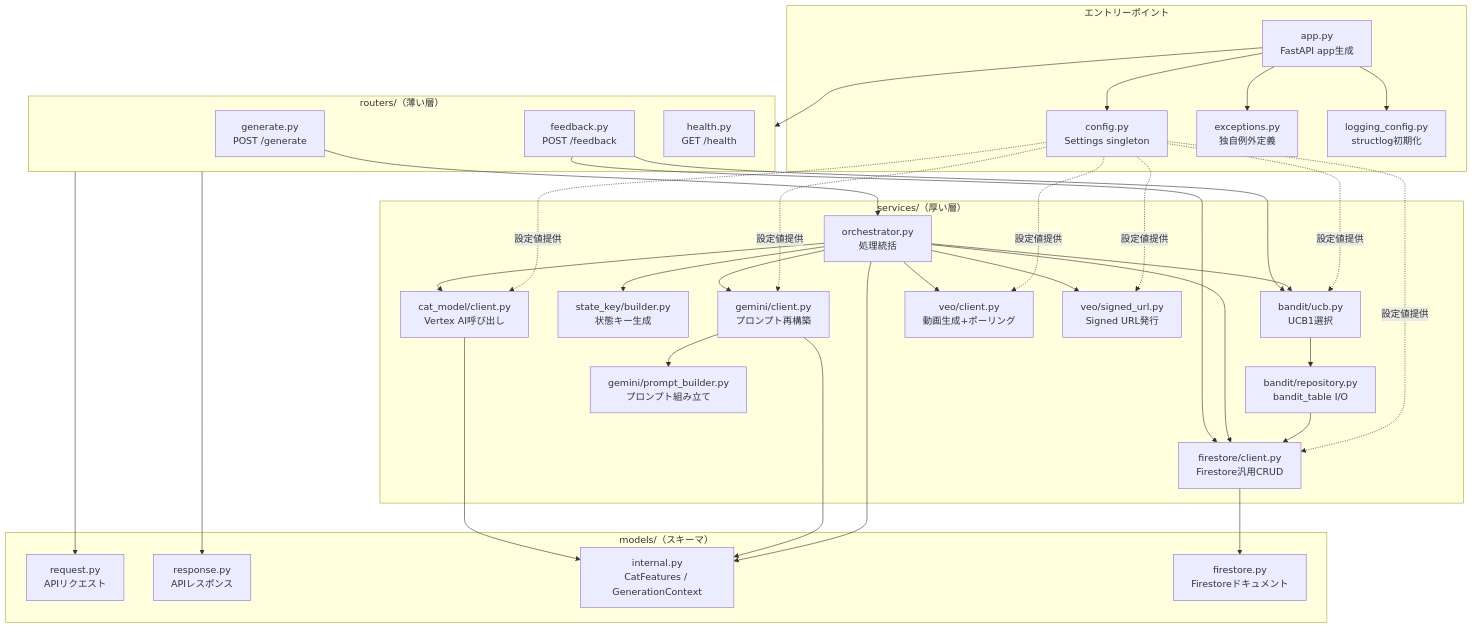
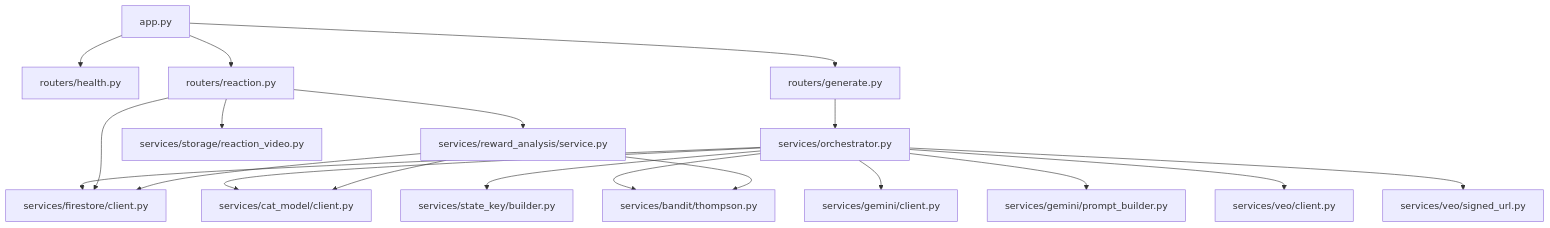
The first of 6 diagrams in docs/ja/Backend_Design.md (soy-sorce/tea-pillar), drawn with Mermaid before and after one commit. The commit also changed other lines of this file and 3 other files, not shown here.

````diff
--- a/docs/ja/Backend_Design.md
+++ b/docs/ja/Backend_Design.md
@@ -174,70 +143,22 @@
 ```mermaid
 graph TD
-    subgraph entry["エントリーポイント"]
-        APP["app.py\nFastAPI app生成"]
-        CFG["config.py\nSettings singleton"]
-        EXC["exceptions.py\n独自例外定義"]
-        LOG["logging_config.py\nstructlog初期化"]
-    end
+    APP["app.py"] --> RH["routers/health.py"]
+    APP --> RG["routers/generate.py"]
+    APP --> RR["routers/reaction.py"]
+    RG --> ORC["services/orchestrator.py"]
+    ORC --> FSC["services/firestore/client.py"]
+    ORC --> CAT["services/cat_model/client.py"]
+    ORC --> SK["services/state_key/builder.py"]
+    ORC --> TH["services/bandit/thompson.py"]
+    ORC --> GEM["services/gemini/client.py"]
+    ORC --> PB["services/gemini/prompt_builder.py"]
+    ORC --> VEO["services/veo/client.py"]
+    ORC --> SIG["services/veo/signed_url.py"]
 
-    subgraph routers["routers/（薄い層）"]
-        RG["generate.py\nPOST /generate"]
-        RF["feedback.py\nPOST /feedback"]
-        RH["health.py\nGET /health"]
-    end
-
-    subgraph models["models/（スキーマ）"]
-        MReq["request.py\nAPIリクエスト"]
-        MRes["response.py\nAPIレスポンス"]
-        MInt["internal.py\nCatFeatures / GenerationContext"]
-        MFS["firestore.py\nFirestoreドキュメント"]
-    end
-
-    subgraph services["services/（厚い層）"]
-        ORC["orchestrator.py\n処理統括"]
-        CM["cat_model/client.py\nVertex AI呼び出し"]
-        SKB["state_key/builder.py\n状態キー生成"]
-        BDT["bandit/ucb.py\nUCB1選択"]
-        BDR["bandit/repository.py\nbandit_table I/O"]
-        GEM["gemini/client.py\nプロンプト再構築"]
-        PBD["gemini/prompt_builder.py\nプロンプト組み立て"]
-        VEO["veo/client.py\n動画生成+ポーリング"]
-        SIG["veo/signed_url.py\nSigned URL発行"]
-        FSC["firestore/client.py\nFirestore汎用CRUD"]
-    end
-
-    APP --> routers
-    APP --> CFG
-    APP --> LOG
-    APP --> EXC
-
-    RG --> ORC
-    RF --> BDT
-    RF --> FSC
-
-    ORC --> CM
-    ORC --> SKB
-    ORC --> BDT
-    ORC --> GEM
-    ORC --> VEO
-    ORC --> SIG
-    ORC --> FSC
-
-    CM --> MInt
-    BDT --> BDR
-    BDR --> FSC
-    GEM --> PBD
-    GEM --> MInt
-
-    FSC --> MFS
-    routers --> MReq
-    routers --> MRes
-    ORC --> MInt
-
-    CFG -.->|設定値提供| CM
-    CFG -.->|設定値提供| BDT
-    CFG -.->|設定値提供| GEM
-    CFG -.->|設定値提供| VEO
-    CFG -.->|設定値提供| SIG
-    CFG -.->|設定値提供| FSC
+    RR --> RV["services/storage/reaction_video.py"]
+    RR --> FSC
+    RR --> RAS["services/reward_analysis/service.py"]
+    RAS --> CAT
+    RAS --> FSC
+    RAS --> TH
 ```
````
